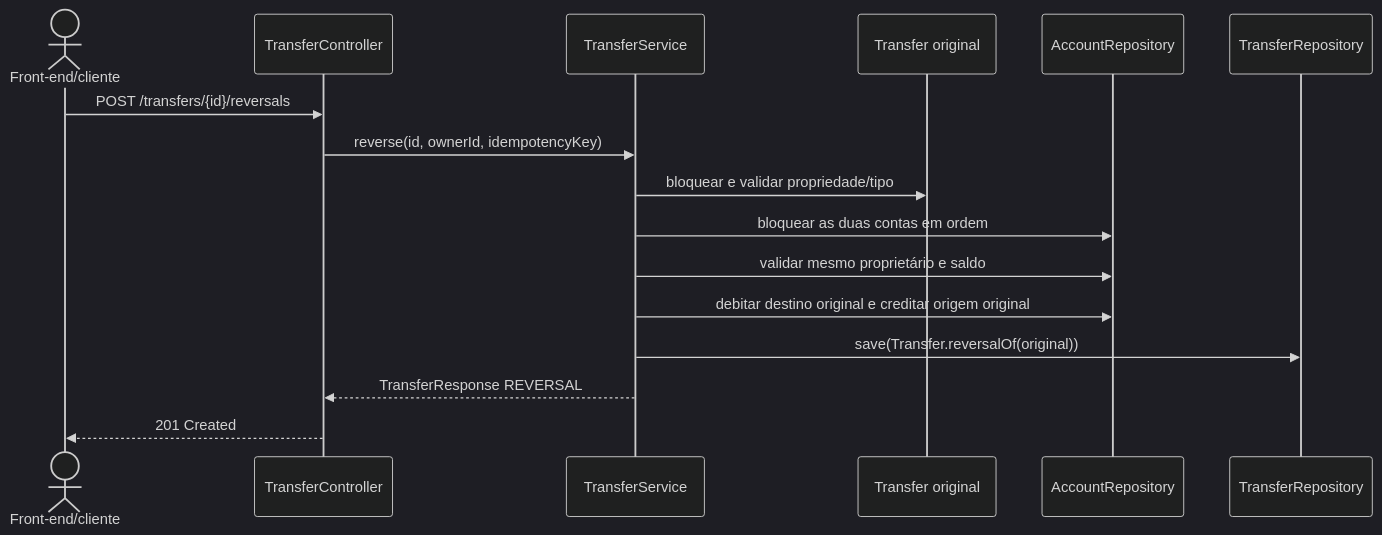
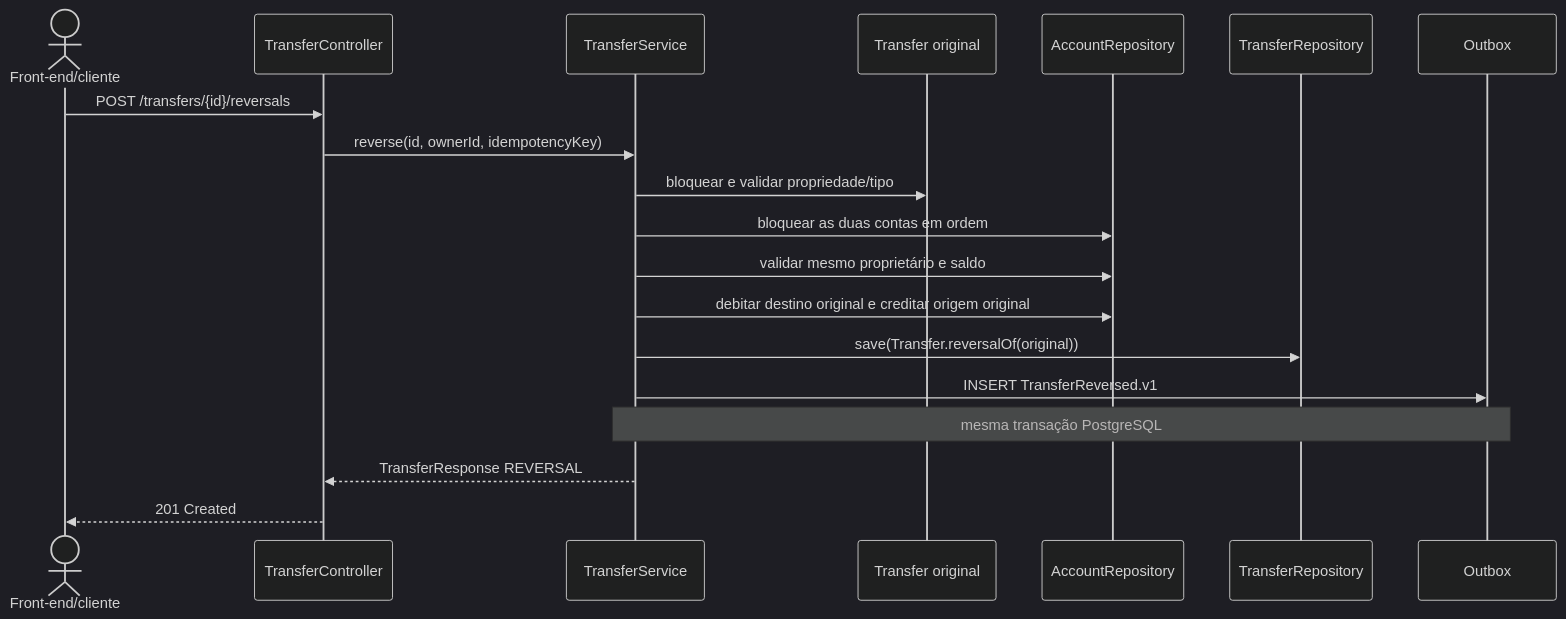
Before and after one commit to WilliamRochaJR/pay-flow: the fourth of 4 diagrams in docs/domain-model.md, drawn with Mermaid (dark theme). The commit also changed other lines of this file and 23 other files, not shown here.

````diff
--- a/docs/domain-model.md
+++ b/docs/domain-model.md
@@ -344,19 +362,21 @@
 ```mermaid
 sequenceDiagram
     actor Client as Front-end/cliente
     participant Controller as TransferController
     participant Service as TransferService
     participant Original as Transfer original
     participant Accounts as AccountRepository
     participant Transfers as TransferRepository
 
     Client->>Controller: POST /transfers/{id}/reversals
     Controller->>Service: reverse(id, ownerId, idempotencyKey)
     Service->>Original: bloquear e validar propriedade/tipo
     Service->>Accounts: bloquear as duas contas em ordem
     Service->>Accounts: validar mesmo proprietário e saldo
     Service->>Accounts: debitar destino original e creditar origem original
     Service->>Transfers: save(Transfer.reversalOf(original))
+    Service->>Outbox: INSERT TransferReversed.v1
+    Note over Service,Outbox: mesma transação PostgreSQL
     Service-->>Controller: TransferResponse REVERSAL
     Controller-->>Client: 201 Created
 ```
````
